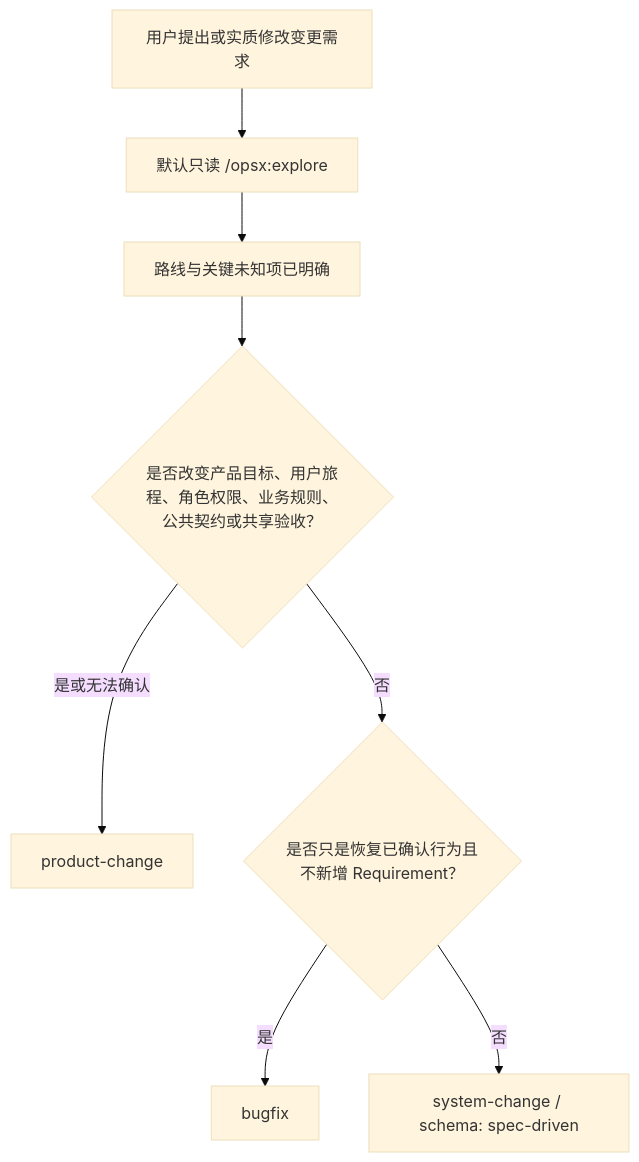
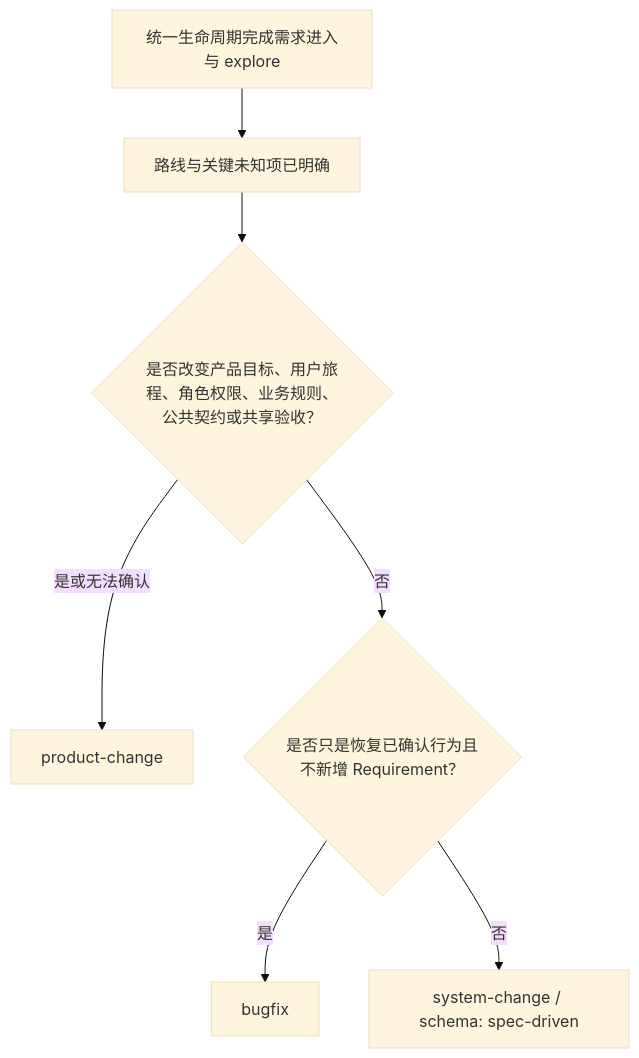
Before and after one commit to haoranliu66/openspec_workflow: the first of 3 diagrams in README.md, drawn with Mermaid (base theme). The commit also changed other lines of this file and 13 other files, not shown here.

````diff
--- a/README.md
+++ b/README.md
@@ -140,10 +137,9 @@
 ```mermaid
 flowchart TD
-    R["用户提出或实质修改变更需求"] --> E["默认只读 /opsx:explore"]
-    E --> A["路线与关键未知项已明确"]
+    R["统一生命周期完成需求进入与 explore"] --> A["路线与关键未知项已明确"]
     A --> B{"是否改变产品目标、用户旅程、角色权限、业务规则、公共契约或共享验收？"}
     B -- "是或无法确认" --> P["product-change"]
     B -- "否" --> C{"是否只是恢复已确认行为且不新增 Requirement？"}
     C -- "是" --> F["bugfix"]
     C -- "否" --> S["system-change / schema: spec-driven"]
 ```
````
